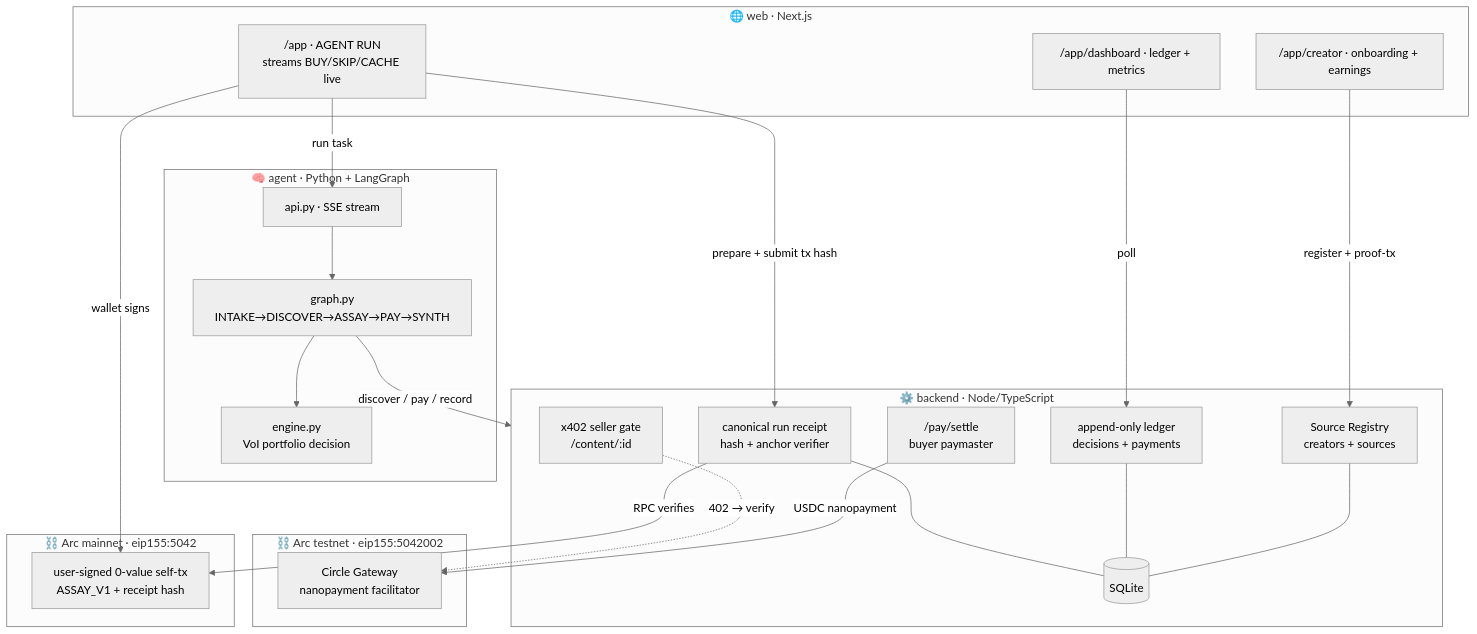
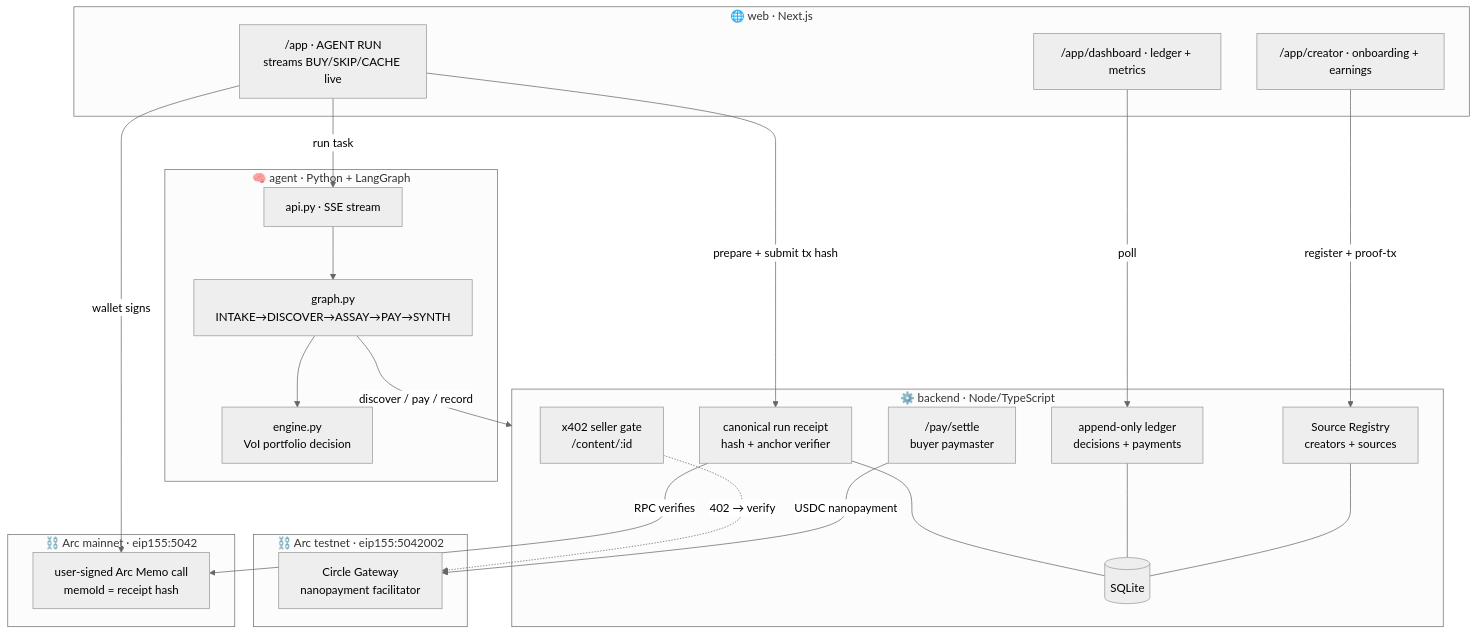
Before and after one commit to karagozemin/Assay: the first of 5 diagrams in ARCHITECTURE.md, drawn with Mermaid (neutral theme). The commit also changed 13 other files, not shown here.

Commit message:
fix: anchor receipts through Arc Memo contract

````diff
--- a/ARCHITECTURE.md
+++ b/ARCHITECTURE.md
@@ -28,44 +28,44 @@
 ```mermaid
 graph TB
     subgraph Web["🌐 web · Next.js"]
         RUN["/app · AGENT RUN<br/>streams BUY/SKIP/CACHE live"]
         CRE["/app/creator · onboarding + earnings"]
         DASH["/app/dashboard · ledger + metrics"]
     end
 
     subgraph Agent["🧠 agent · Python + LangGraph"]
         ENGINE["engine.py<br/>VoI portfolio decision"]
         GRAPH["graph.py<br/>INTAKE→DISCOVER→ASSAY→PAY→SYNTH"]
         API["api.py · SSE stream"]
     end
 
     subgraph Backend["⚙️ backend · Node/TypeScript"]
         REG["Source Registry<br/>creators + sources"]
         X402["x402 seller gate<br/>/content/:id"]
         PAY["/pay/settle<br/>buyer paymaster"]
         LEDGER["append-only ledger<br/>decisions + payments"]
         RECEIPT["canonical run receipt<br/>hash + anchor verifier"]
         DB[("SQLite")]
     end
 
     subgraph Chain["⛓️ Arc testnet · eip155:5042002"]
         GW["Circle Gateway<br/>nanopayment facilitator"]
     end
 
     subgraph Mainnet["⛓️ Arc mainnet · eip155:5042"]
-        ANCHOR["user-signed 0-value self-tx<br/>ASSAY_V1 + receipt hash"]
+        ANCHOR["user-signed Arc Memo call<br/>memoId = receipt hash"]
     end
 
     RUN -->|run task| API --> GRAPH --> ENGINE
     GRAPH -->|discover / pay / record| Backend
     CRE -->|register + proof-tx| REG
     DASH -->|poll| LEDGER
     PAY -->|USDC nanopayment| GW
     X402 -.->|402 → verify| GW
     RUN -->|prepare + submit tx hash| RECEIPT
     RUN -->|wallet signs| ANCHOR
     RECEIPT -->|RPC verifies| ANCHOR
     REG --- DB
     LEDGER --- DB
     RECEIPT --- DB
 ```
````
